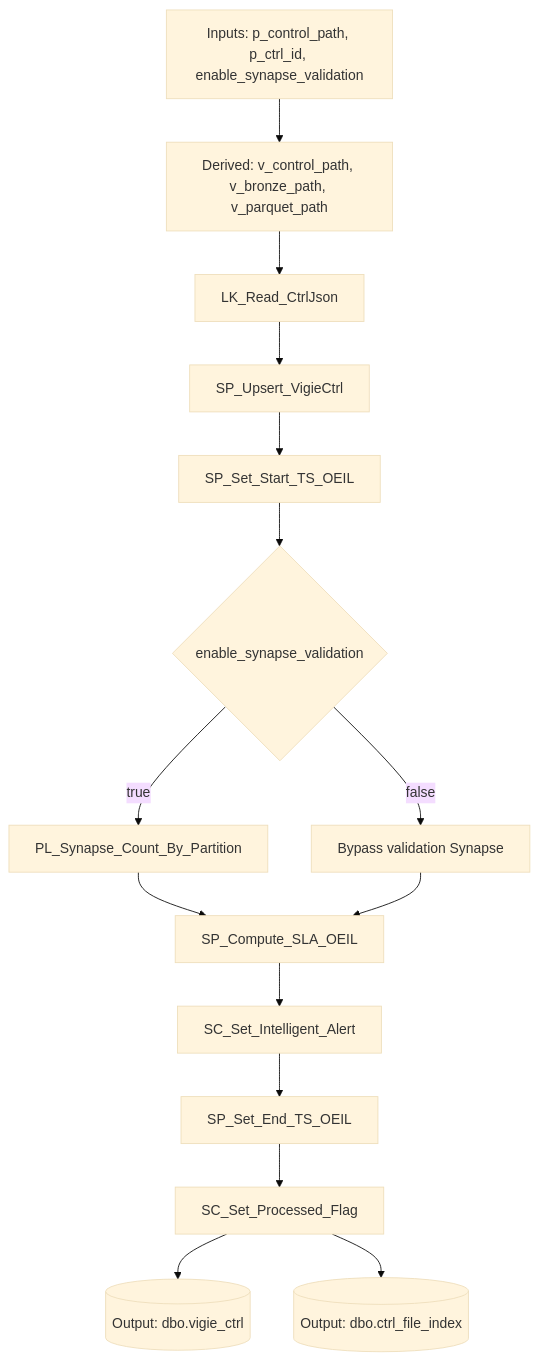
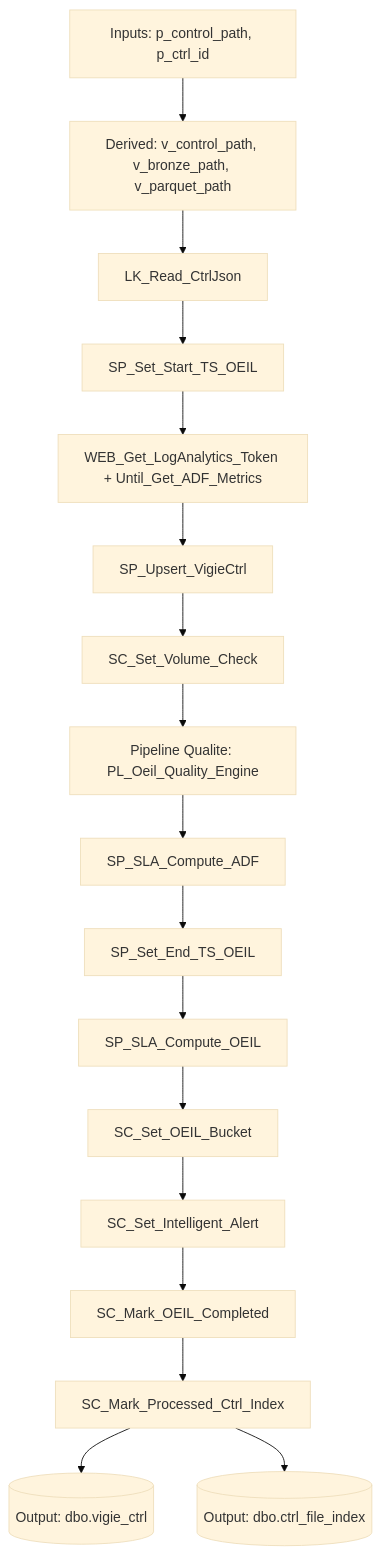
One commit to lawiz22/OeilTest changed the second of 2 diagrams in docs/technical_reference/adf_pipelines.md. Above: the diagram before and after it, drawn with Mermaid (base theme). The commit also changed other lines of this file and 6 other files, not shown here.

First line of the commit message:
Remove deprecated Synapse counting pipeline and update architecture documentation

````diff
--- a/docs/technical_reference/adf_pipelines.md
+++ b/docs/technical_reference/adf_pipelines.md
@@ -187,21 +213,20 @@
 ```mermaid
 flowchart TD
-	A[Inputs: p_control_path, p_ctrl_id, enable_synapse_validation] --> B[Derived: v_control_path, v_bronze_path, v_parquet_path]
+	A[Inputs: p_control_path, p_ctrl_id] --> B[Derived: v_control_path, v_bronze_path, v_parquet_path]
 	B --> C[LK_Read_CtrlJson]
-	C --> D[SP_Upsert_VigieCtrl]
-	D --> E[SP_Set_Start_TS_OEIL]
-	E --> F{enable_synapse_validation}
+	C --> D[SP_Set_Start_TS_OEIL]
+	D --> E[WEB_Get_LogAnalytics_Token + Until_Get_ADF_Metrics]
+	E --> F[SP_Upsert_VigieCtrl]
+	F --> G[SC_Set_Volume_Check]
+	G --> H[Pipeline Qualite: PL_Oeil_Quality_Engine]
+	H --> I[SP_SLA_Compute_ADF]
+	I --> J[SP_Set_End_TS_OEIL]
+	J --> K[SP_SLA_Compute_OEIL]
+	K --> L[SC_Set_OEIL_Bucket]
+	L --> M[SC_Set_Intelligent_Alert]
+	M --> N[SC_Mark_OEIL_Completed]
+	N --> O[SC_Mark_Processed_Ctrl_Index]
 
-	F -->|true| G[PL_Synapse_Count_By_Partition]
-	F -->|false| H[Bypass validation Synapse]
-
-	G --> I[SP_Compute_SLA_OEIL]
-	H --> I
-
-	I --> J[SC_Set_Intelligent_Alert]
-	J --> K[SP_Set_End_TS_OEIL]
-	K --> L[SC_Set_Processed_Flag]
-
-	L --> M[(Output: dbo.vigie_ctrl)]
-	L --> N[(Output: dbo.ctrl_file_index)]
+	O --> P[(Output: dbo.vigie_ctrl)]
+	O --> Q[(Output: dbo.ctrl_file_index)]
 ```
````
